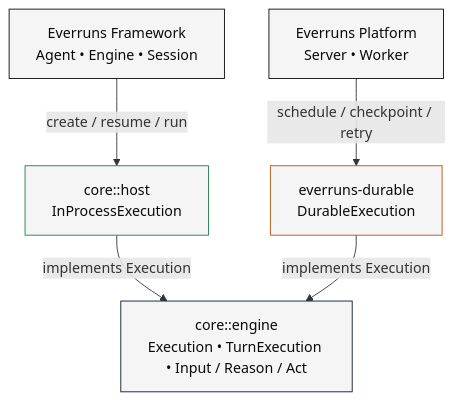
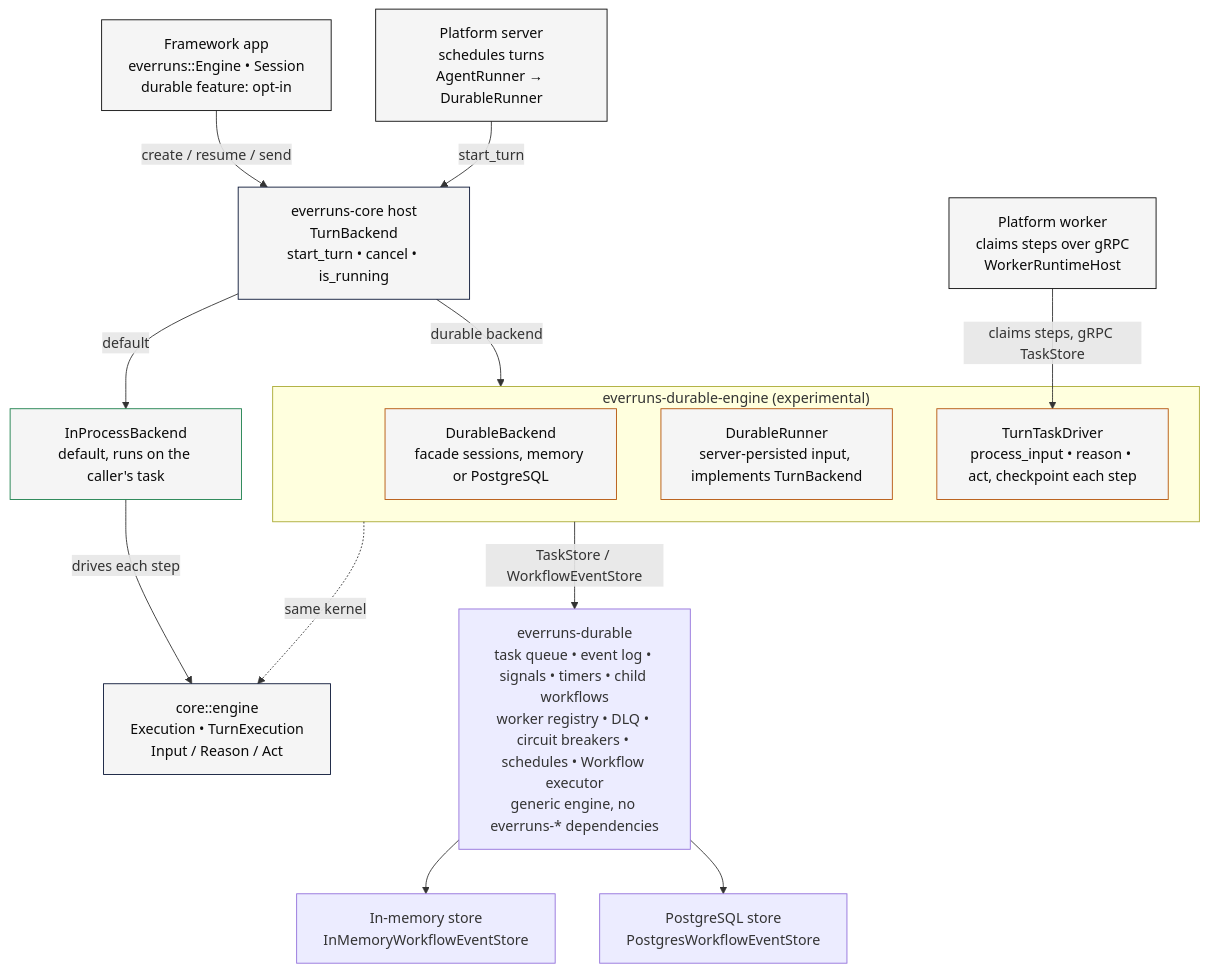
One commit to everruns/everruns changed the diagram in docs/framework/architecture.mmd. Above: the diagram before and after it, drawn with Mermaid. The commit also changed 15 other files, not shown here.

```diff
--- a/docs/framework/architecture.mmd
+++ b/docs/framework/architecture.mmd
@@ -1,20 +1,41 @@
 flowchart TB
-    F["Everruns Framework<br/>Agent • Engine • Session"]
-    P["Everruns Platform<br/>Server • Worker"]
-    H["core::host<br/>InProcessExecution"]
-    D["everruns-durable<br/>DurableExecution"]
-    K["core::engine<br/>Execution • TurnExecution • Input / Reason / Act"]
+    F["Framework app<br/>everruns::Engine • Session<br/>durable feature: opt-in"]
+    S["Platform server<br/>schedules turns<br/>AgentRunner → DurableRunner"]
+    W["Platform worker<br/>claims steps over gRPC<br/>WorkerRuntimeHost"]
 
-    F -->|"create / resume / run"| H
-    P -->|"schedule / checkpoint / retry"| D
-    H -->|"implements Execution"| K
-    D -->|"implements Execution"| K
+    B["everruns-core host<br/>TurnBackend<br/>start_turn • cancel • is_running"]
+
+    I["InProcessBackend<br/>default, runs on the caller's task"]
+
+    subgraph DE["everruns-durable-engine (experimental)"]
+        DB["DurableBackend<br/>facade sessions, memory or PostgreSQL"]
+        DR["DurableRunner<br/>server-persisted input, implements TurnBackend"]
+        TD["TurnTaskDriver<br/>process_input • reason • act, checkpoint each step"]
+    end
+
+    K["core::engine<br/>Execution • TurnExecution<br/>Input / Reason / Act"]
+
+    D["everruns-durable<br/>task queue • event log • signals • timers • child workflows<br/>worker registry • DLQ • circuit breakers • schedules • Workflow executor<br/>generic engine, no everruns-* dependencies"]
+
+    M["In-memory store<br/>InMemoryWorkflowEventStore"]
+    P["PostgreSQL store<br/>PostgresWorkflowEventStore"]
+
+    F -->|"create / resume / send"| B
+    S -->|"start_turn"| B
+    B -->|"default"| I
+    B -->|"durable backend"| DE
+    W -->|"claims steps, gRPC TaskStore"| TD
+    I -->|"drives each step"| K
+    DE -.->|"same kernel"| K
+    DE -->|"TaskStore / WorkflowEventStore"| D
+    D --> M
+    D --> P
 
     classDef application fill:#F5F5F5,stroke:#0A0A0A,color:#0A0A0A
     classDef immediate fill:#F5F5F5,stroke:#1B7F4B,color:#0A0A0A
     classDef durable fill:#F5F5F5,stroke:#B45309,color:#0A0A0A
     classDef kernel fill:#F5F5F5,stroke:#0A1636,color:#0A0A0A
-    class F,P application
-    class H immediate
-    class D durable
-    class K kernel
+    class F,S,W application
+    class I immediate
+    class DB,DR,TD durable
+    class B,K kernel
```
